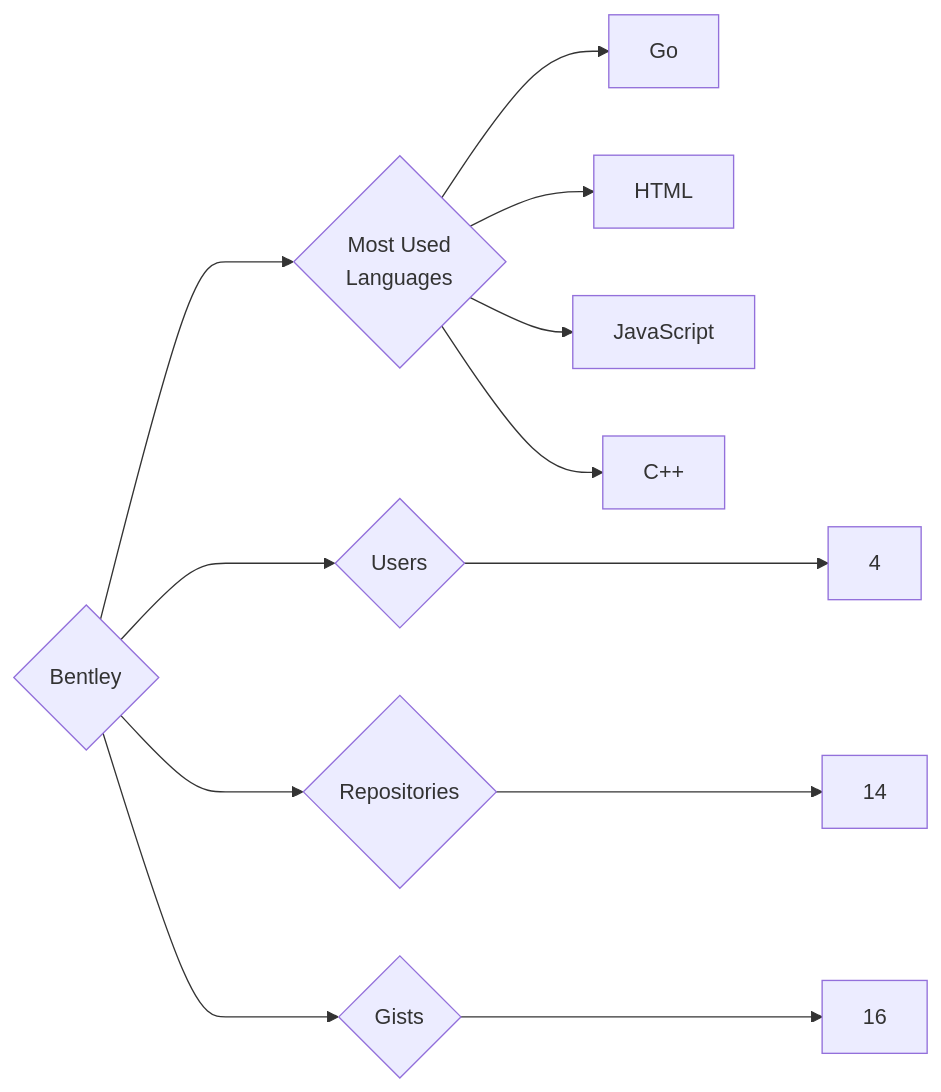
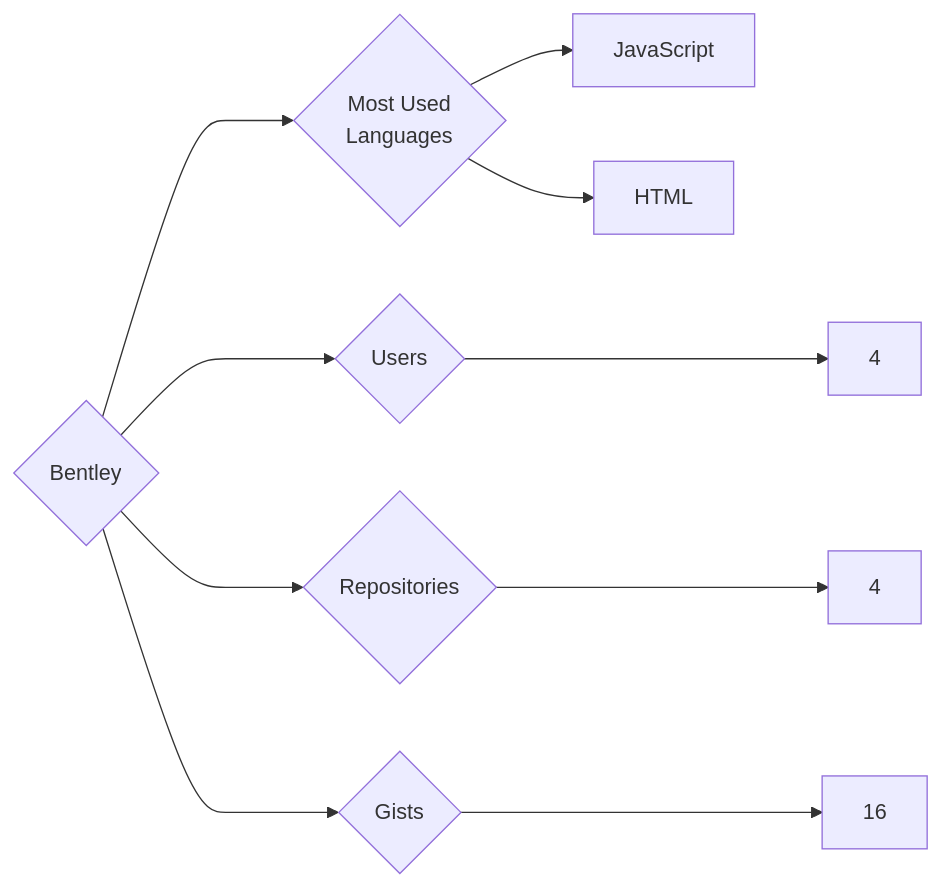
Before and after one commit to trickest/insiders: the diagram in targets/Bentley/README.md, drawn with Mermaid. The commit also changed 912 other files, not shown here.

````diff
--- a/targets/Bentley/README.md
+++ b/targets/Bentley/README.md
@@ -3,12 +3,10 @@
 ```mermaid
 graph LR
 COMPANY_NAME{Bentley}
 COMPANY_NAME ---> U{Users} ---> UN[4]
-COMPANY_NAME ---> R{Repositories} ---> RN[14]
+COMPANY_NAME ---> R{Repositories} ---> RN[4]
 COMPANY_NAME ---> G{Gists} ---> GN[16]
 COMPANY_NAME ---> ML{Most Used<br>Languages}
-ML --> Go[Go]
+ML --> JavaScript[JavaScript]
 ML --> HTML[HTML]
-ML --> JavaScript[JavaScript]
-ML --> C++[C++]
 ```
````
